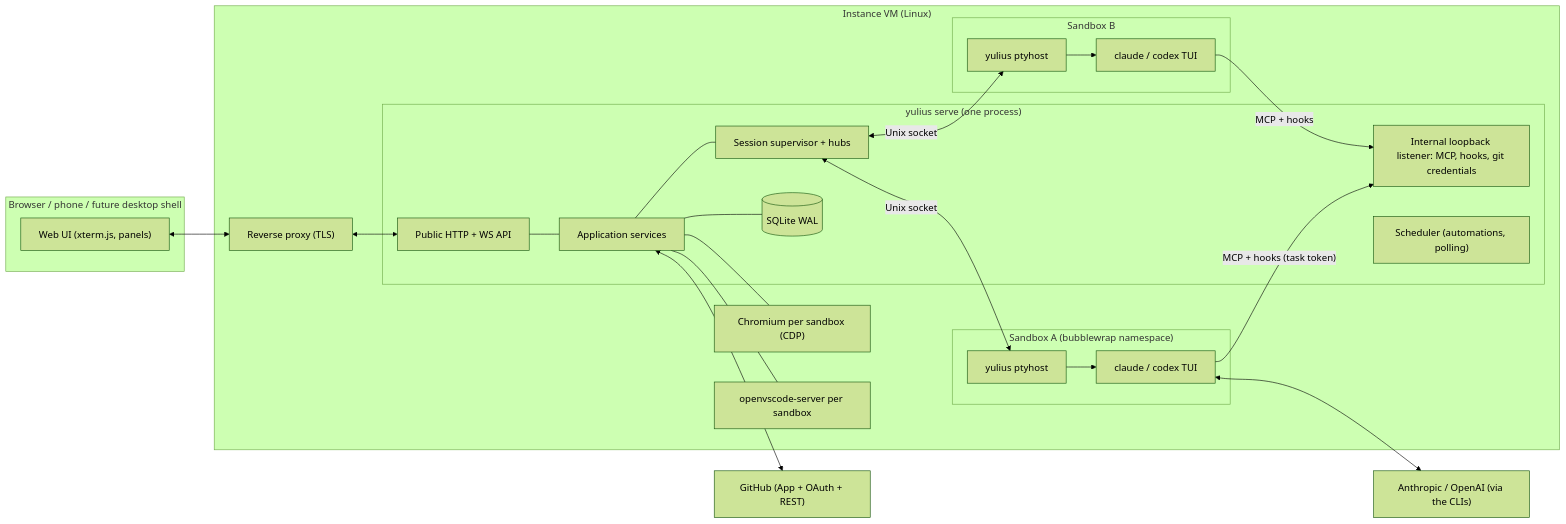
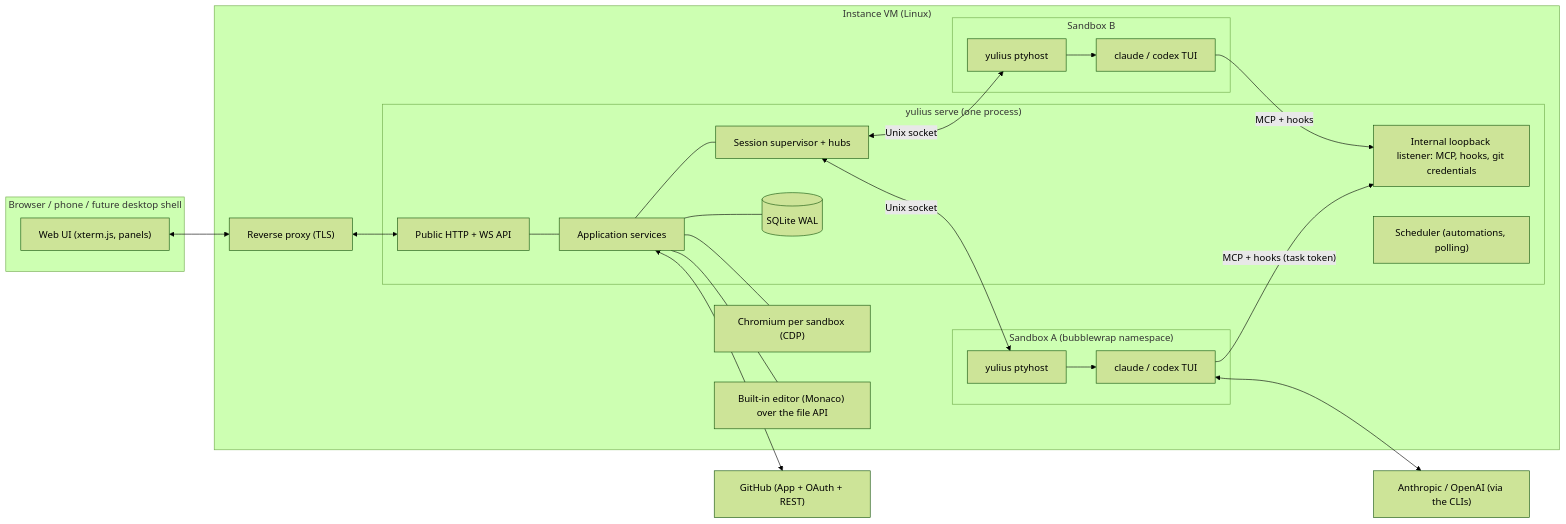
One commit to Quartio-Studio/yulius changed the diagram in .ai/specs/SPEC-002-yulius-architecture.md. Above: the diagram before and after it, drawn with Mermaid (forest theme). The commit also changed other lines of this file and 162 other files, not shown here.

First line of the commit message:
feat(editor): a simple built-in VS Code-styled editor replaces openvscode-server

````diff
--- a/.ai/specs/SPEC-002-yulius-architecture.md
+++ b/.ai/specs/SPEC-002-yulius-architecture.md
@@ -16,38 +16,38 @@
 ```mermaid
 flowchart LR
   subgraph Browser["Browser / phone / future desktop shell"]
     UI["Web UI (xterm.js, panels)"]
   end
   subgraph VM["Instance VM (Linux)"]
     RP["Reverse proxy (TLS)"]
     subgraph Server["yulius serve (one process)"]
       API["Public HTTP + WS API"]
       INT["Internal loopback listener: MCP, hooks, git credentials"]
       APP["Application services"]
       SUP["Session supervisor + hubs"]
       SCH["Scheduler (automations, polling)"]
       DB[("SQLite WAL")]
     end
     subgraph SB1["Sandbox A (bubblewrap namespace)"]
       PH1["yulius ptyhost"] --> AG1["claude / codex TUI"]
     end
     subgraph SB2["Sandbox B"]
       PH2["yulius ptyhost"] --> AG2["claude / codex TUI"]
     end
     CR["Chromium per sandbox (CDP)"]
-    VS["openvscode-server per sandbox"]
+    VS["Built-in editor (Monaco) over the file API"]
   end
   GH["GitHub (App + OAuth + REST)"]
   PR["Anthropic / OpenAI (via the CLIs)"]
   UI <--> RP <--> API
   API --- APP --- DB
   APP --- SUP
   SUP <-->|"Unix socket"| PH1
   SUP <-->|"Unix socket"| PH2
   AG1 -->|"MCP + hooks (task token)"| INT
   AG2 -->|"MCP + hooks"| INT
   APP <--> GH
   AG1 <--> PR
   APP --- CR
   APP --- VS
 ```
````
